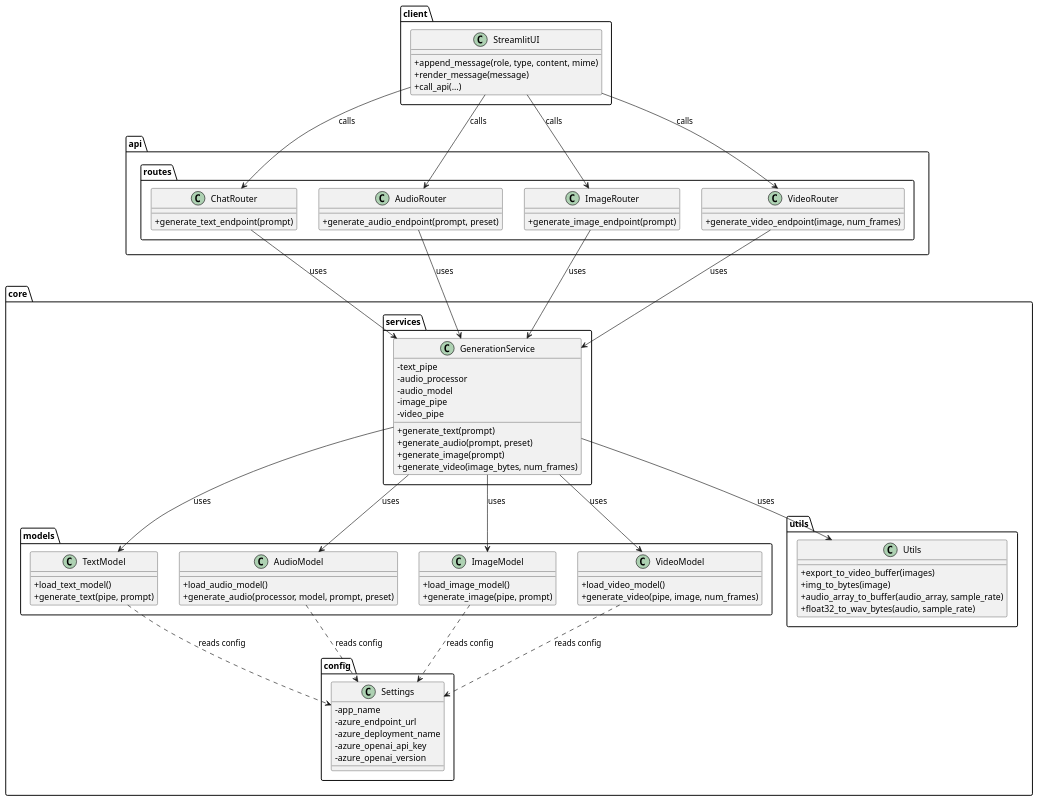
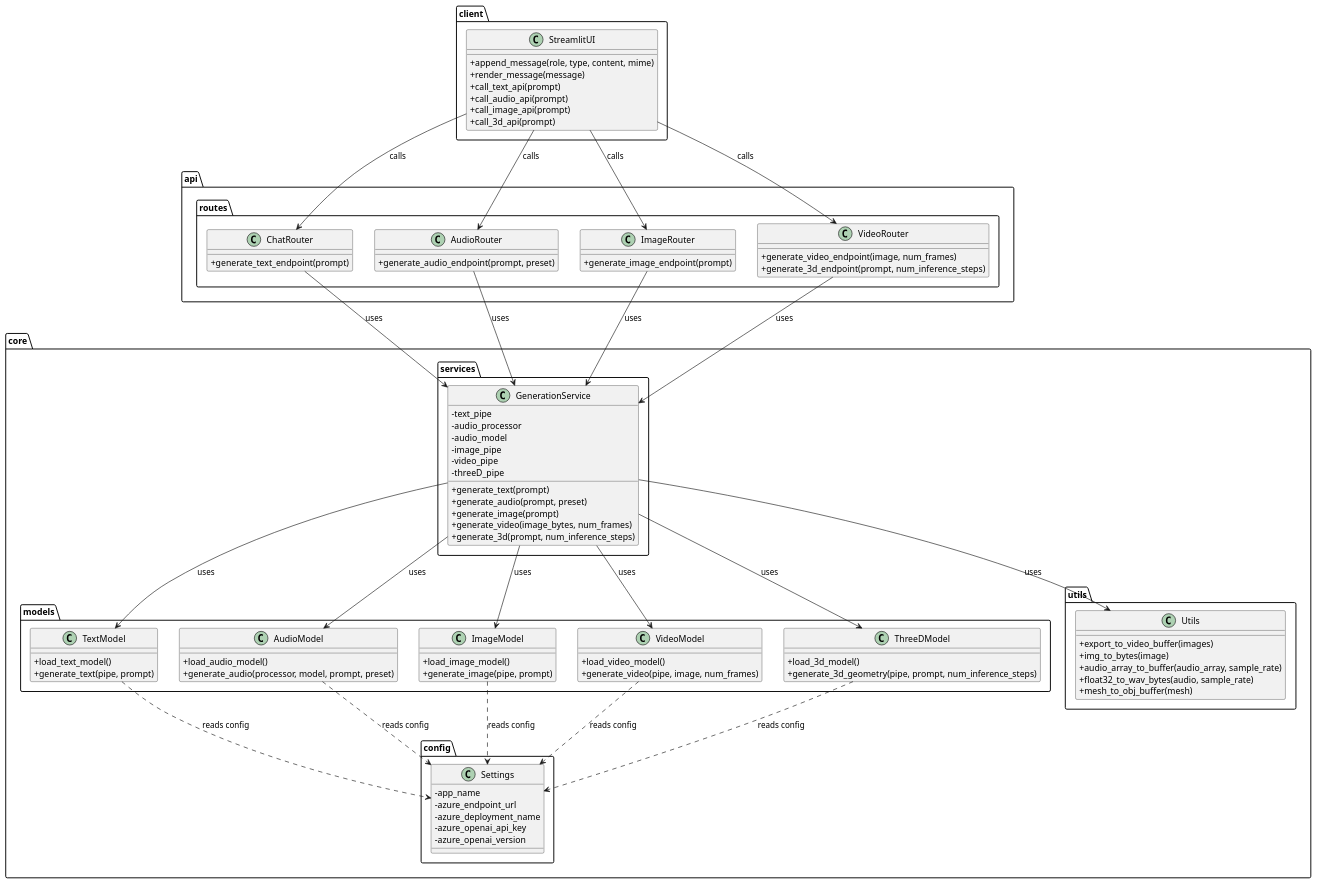
One commit to serverless-yoda/generative-ai-service changed the diagram in gen-ai-service.puml. Above: the diagram before and after it, drawn with PlantUML. The commit also changed other lines of this file and 28 other files, not shown here.

```diff
--- a/gen-ai-service.puml
+++ b/gen-ai-service.puml
@@ -1,101 +2,114 @@
-@startuml
+@startuml architecture_detailed
 skinparam classAttributeIconSize 0
 
 package "client" {
   class StreamlitUI {
     +append_message(role, type, content, mime)
     +render_message(message)
-    +call_api(...)
+    +call_text_api(prompt)
+    +call_audio_api(prompt)
+    +call_image_api(prompt)
+    +call_3d_api(prompt)
   }
 }
 
 package "api.routes" {
   class ChatRouter {
     +generate_text_endpoint(prompt)
   }
   class AudioRouter {
     +generate_audio_endpoint(prompt, preset)
   }
   class ImageRouter {
     +generate_image_endpoint(prompt)
   }
   class VideoRouter {
     +generate_video_endpoint(image, num_frames)
+    +generate_3d_endpoint(prompt, num_inference_steps)
   }
 }
 
 package "core.services" {
   class GenerationService {
     -text_pipe
     -audio_processor
     -audio_model
     -image_pipe
     -video_pipe
+    -threeD_pipe
 
     +generate_text(prompt)
     +generate_audio(prompt, preset)
     +generate_image(prompt)
     +generate_video(image_bytes, num_frames)
+    +generate_3d(prompt, num_inference_steps)
   }
 }
 
 package "core.models" {
   class TextModel {
     +load_text_model()
     +generate_text(pipe, prompt)
   }
   class AudioModel {
     +load_audio_model()
     +generate_audio(processor, model, prompt, preset)
   }
   class ImageModel {
     +load_image_model()
     +generate_image(pipe, prompt)
   }
   class VideoModel {
     +load_video_model()
     +generate_video(pipe, image, num_frames)
   }
+  class ThreeDModel {
+    +load_3d_model()
+    +generate_3d_geometry(pipe, prompt, num_inference_steps)
+  }
 }
 
 package "core.utils" {
   class Utils {
     +export_to_video_buffer(images)
     +img_to_bytes(image)
     +audio_array_to_buffer(audio_array, sample_rate)
     +float32_to_wav_bytes(audio, sample_rate)
+    +mesh_to_obj_buffer(mesh)
   }
 }
 
 package "core.config" {
   class Settings {
     -app_name
     -azure_endpoint_url
     -azure_deployment_name
     -azure_openai_api_key
     -azure_openai_version
   }
 }
 
 StreamlitUI --> ChatRouter : calls
 StreamlitUI --> AudioRouter : calls
 StreamlitUI --> ImageRouter : calls
 StreamlitUI --> VideoRouter : calls
 
 ChatRouter --> GenerationService : uses
 AudioRouter --> GenerationService : uses
 ImageRouter --> GenerationService : uses
 VideoRouter --> GenerationService : uses
 
 GenerationService --> TextModel : uses
 GenerationService --> AudioModel : uses
 GenerationService --> ImageModel : uses
 GenerationService --> VideoModel : uses
+GenerationService --> ThreeDModel : uses
 
 GenerationService --> Utils : uses
 TextModel ..> Settings : reads config
 AudioModel ..> Settings : reads config
 ImageModel ..> Settings : reads config
 VideoModel ..> Settings : reads config
+ThreeDModel ..> Settings : reads config
 
 @enduml
```
